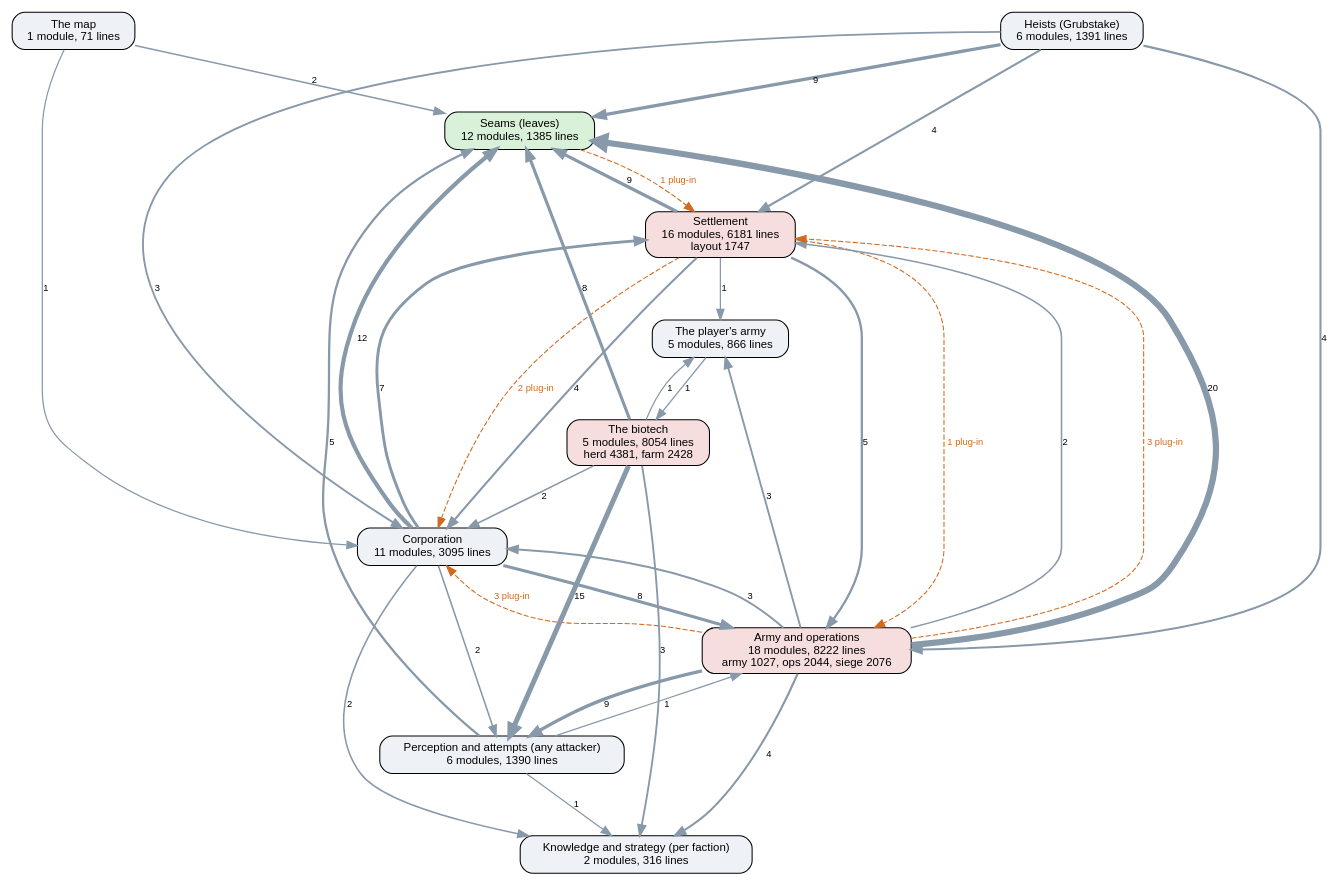
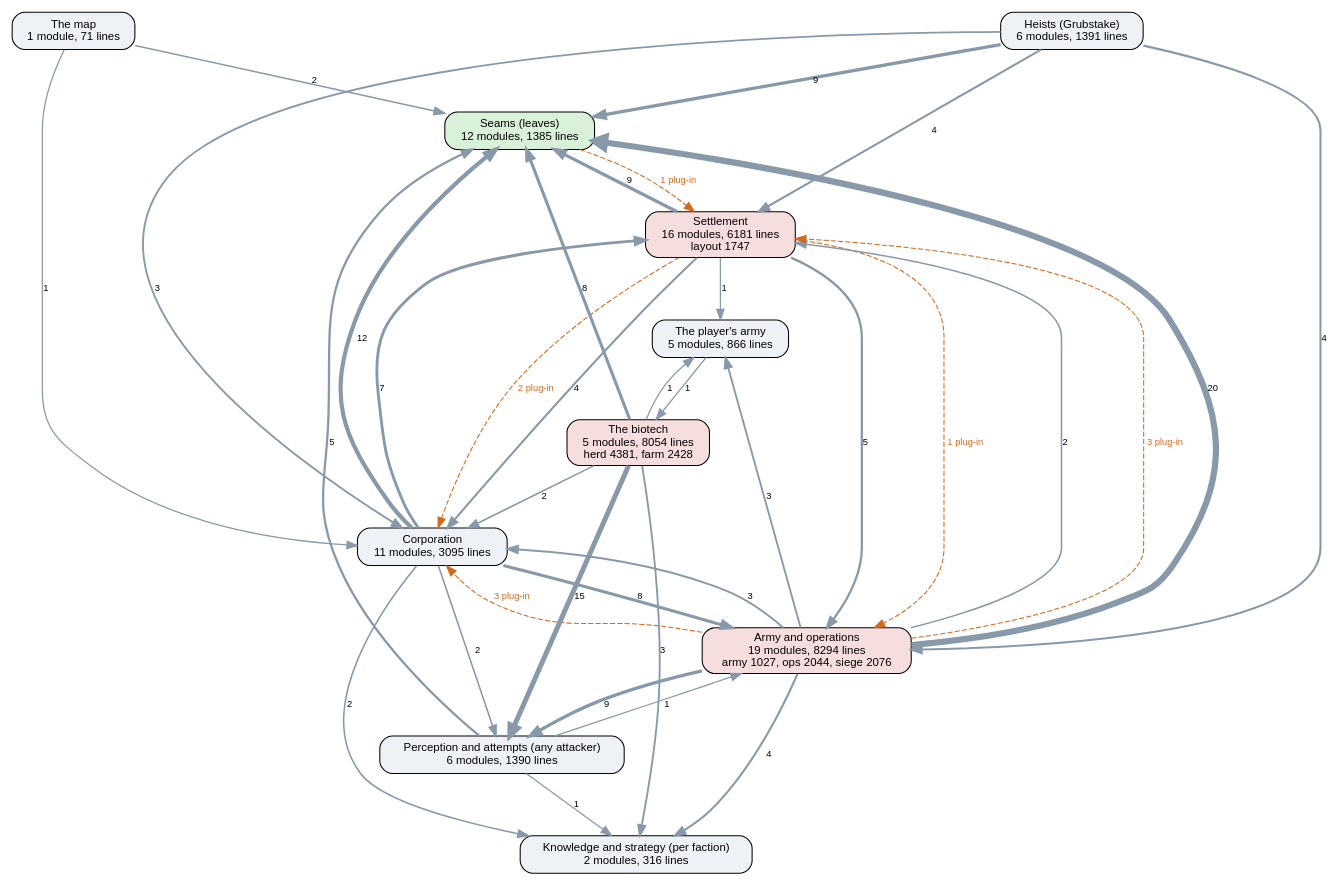
Before and after one commit to kinelhu/landing-party: the diagram in docs/ai-layers.dot, drawn with Graphviz. The commit also changed 15 other files, not shown here.

```diff
--- a/docs/ai-layers.dot
+++ b/docs/ai-layers.dot
@@ -1,50 +1,50 @@
 digraph layers {
   graph [rankdir=TB, fontname="Helvetica", nodesep=0.5, ranksep=0.7];
   node [shape=box, style="rounded,filled", fontname="Helvetica", fontsize=11, fillcolor="#eef2f7"];
   edge [color="#8899aa", fontname="Helvetica", fontsize=9];
   "Seams (leaves)" [label="Seams (leaves)\n12 modules, 1385 lines", fillcolor="#d9f0d9"];
   "Perception and attempts (any attacker)" [label="Perception and attempts (any attacker)\n6 modules, 1390 lines", fillcolor="#eef2f7"];
   "Knowledge and strategy (per faction)" [label="Knowledge and strategy (per faction)\n2 modules, 316 lines", fillcolor="#eef2f7"];
   "Corporation" [label="Corporation\n11 modules, 3095 lines", fillcolor="#eef2f7"];
   "Settlement" [label="Settlement\n16 modules, 6181 lines\nlayout 1747", fillcolor="#f7dede"];
-  "Army and operations" [label="Army and operations\n18 modules, 8222 lines\narmy 1027, ops 2044, siege 2076", fillcolor="#f7dede"];
+  "Army and operations" [label="Army and operations\n19 modules, 8294 lines\narmy 1027, ops 2044, siege 2076", fillcolor="#f7dede"];
   "Heists (Grubstake)" [label="Heists (Grubstake)\n6 modules, 1391 lines", fillcolor="#eef2f7"];
   "The biotech" [label="The biotech\n5 modules, 8054 lines\nherd 4381, farm 2428", fillcolor="#f7dede"];
   "The map" [label="The map\n1 module, 71 lines", fillcolor="#eef2f7"];
   "The player's army" [label="The player's army\n5 modules, 866 lines", fillcolor="#eef2f7"];
   "Army and operations" -> "Corporation" [label="3", penwidth=1.8];
   "Army and operations" -> "Knowledge and strategy (per faction)" [label="4", penwidth=2.0];
   "Army and operations" -> "Perception and attempts (any attacker)" [label="9", penwidth=3.2];
   "Army and operations" -> "Seams (leaves)" [label="20", penwidth=6.0];
   "Army and operations" -> "Settlement" [label="2", penwidth=1.5];
   "Army and operations" -> "The player's army" [label="3", penwidth=1.8];
   "Corporation" -> "Army and operations" [label="8", penwidth=3.0];
   "Corporation" -> "Knowledge and strategy (per faction)" [label="2", penwidth=1.5];
   "Corporation" -> "Perception and attempts (any attacker)" [label="2", penwidth=1.5];
   "Corporation" -> "Seams (leaves)" [label="12", penwidth=4.0];
   "Corporation" -> "Settlement" [label="7", penwidth=2.8];
   "Heists (Grubstake)" -> "Army and operations" [label="4", penwidth=2.0];
   "Heists (Grubstake)" -> "Corporation" [label="3", penwidth=1.8];
   "Heists (Grubstake)" -> "Seams (leaves)" [label="9", penwidth=3.2];
   "Heists (Grubstake)" -> "Settlement" [label="4", penwidth=2.0];
   "Perception and attempts (any attacker)" -> "Army and operations" [label="1", penwidth=1.2];
   "Perception and attempts (any attacker)" -> "Knowledge and strategy (per faction)" [label="1", penwidth=1.2];
   "Perception and attempts (any attacker)" -> "Seams (leaves)" [label="5", penwidth=2.2];
   "Settlement" -> "Army and operations" [label="5", penwidth=2.2];
   "Settlement" -> "Corporation" [label="4", penwidth=2.0];
   "Settlement" -> "Seams (leaves)" [label="9", penwidth=3.2];
   "Settlement" -> "The player's army" [label="1", penwidth=1.2];
   "The biotech" -> "Corporation" [label="2", penwidth=1.5];
   "The biotech" -> "Knowledge and strategy (per faction)" [label="3", penwidth=1.8];
   "The biotech" -> "Perception and attempts (any attacker)" [label="15", penwidth=4.8];
   "The biotech" -> "Seams (leaves)" [label="8", penwidth=3.0];
   "The biotech" -> "The player's army" [label="1", penwidth=1.2];
   "The map" -> "Corporation" [label="1", penwidth=1.2];
   "The map" -> "Seams (leaves)" [label="2", penwidth=1.5];
   "The player's army" -> "The biotech" [label="1", penwidth=1.2];
   "Army and operations" -> "Corporation" [style=dashed, color="#d2691e", fontcolor="#d2691e", label="3 plug-in"];
   "Army and operations" -> "Settlement" [style=dashed, color="#d2691e", fontcolor="#d2691e", label="3 plug-in"];
   "Seams (leaves)" -> "Settlement" [style=dashed, color="#d2691e", fontcolor="#d2691e", label="1 plug-in"];
   "Settlement" -> "Army and operations" [style=dashed, color="#d2691e", fontcolor="#d2691e", label="1 plug-in"];
   "Settlement" -> "Corporation" [style=dashed, color="#d2691e", fontcolor="#d2691e", label="2 plug-in"];
 }
```
